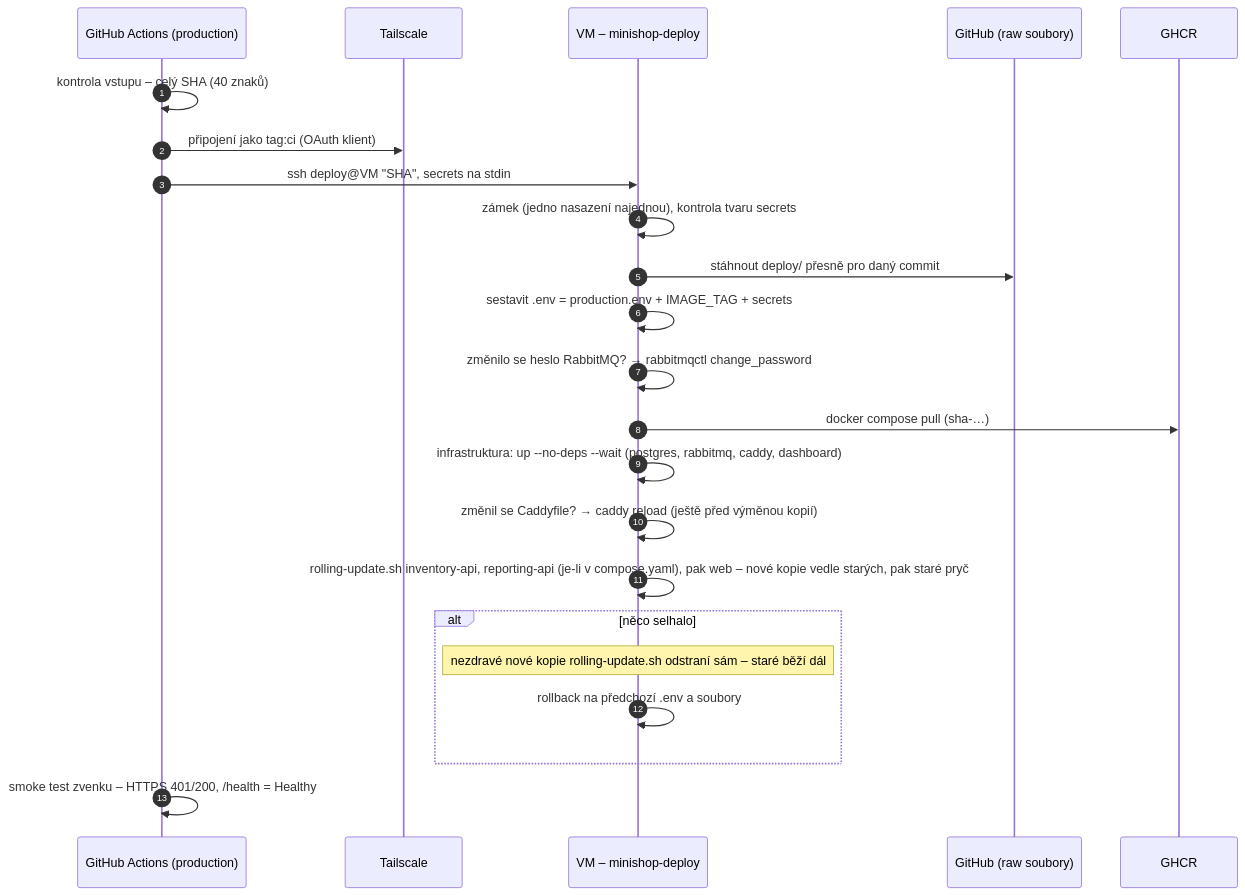
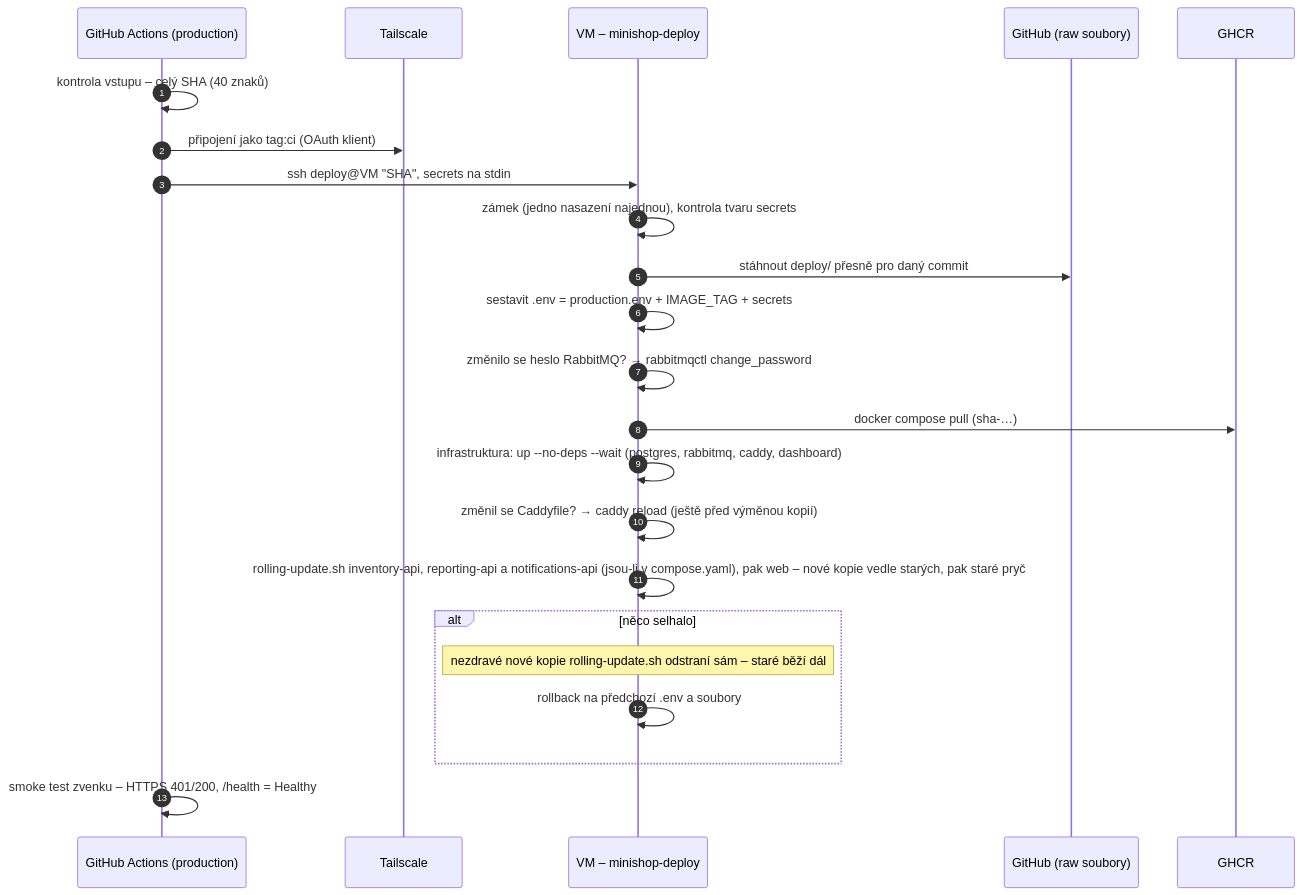
One commit to ftichy/MiniShop changed the first of 2 diagrams in docs/prirucka/github/cd.md. Above: the diagram before and after it, drawn with Mermaid. The commit also changed 51 other files, not shown here.

````diff
--- a/docs/prirucka/github/cd.md
+++ b/docs/prirucka/github/cd.md
@@ -14,26 +14,26 @@
 ```mermaid
 sequenceDiagram
     autonumber
     participant GA as GitHub Actions (production)
     participant TS as Tailscale
     participant VM as VM – minishop-deploy
     participant GH as GitHub (raw soubory)
     participant R as GHCR
 
     GA->>GA: kontrola vstupu – celý SHA (40 znaků)
     GA->>TS: připojení jako tag:ci (OAuth klient)
     GA->>VM: ssh deploy@VM "SHA", secrets na stdin
     VM->>VM: zámek (jedno nasazení najednou), kontrola tvaru secrets
     VM->>GH: stáhnout deploy/ přesně pro daný commit
     VM->>VM: sestavit .env = production.env + IMAGE_TAG + secrets
     VM->>VM: změnilo se heslo RabbitMQ? → rabbitmqctl change_password
     VM->>R: docker compose pull (sha-…)
     VM->>VM: infrastruktura: up --no-deps --wait (postgres, rabbitmq, caddy, dashboard)
     VM->>VM: změnil se Caddyfile? → caddy reload (ještě před výměnou kopií)
-    VM->>VM: rolling-update.sh inventory-api, reporting-api (je-li v compose.yaml), pak web – nové kopie vedle starých, pak staré pryč
+    VM->>VM: rolling-update.sh inventory-api, reporting-api a notifications-api (jsou-li v compose.yaml), pak web – nové kopie vedle starých, pak staré pryč
     alt něco selhalo
         Note over VM: nezdravé nové kopie rolling-update.sh odstraní sám – staré běží dál
         VM->>VM: rollback na předchozí .env a soubory
     end
     GA->>GA: smoke test zvenku – HTTPS 401/200, /health = Healthy
 ```
````
